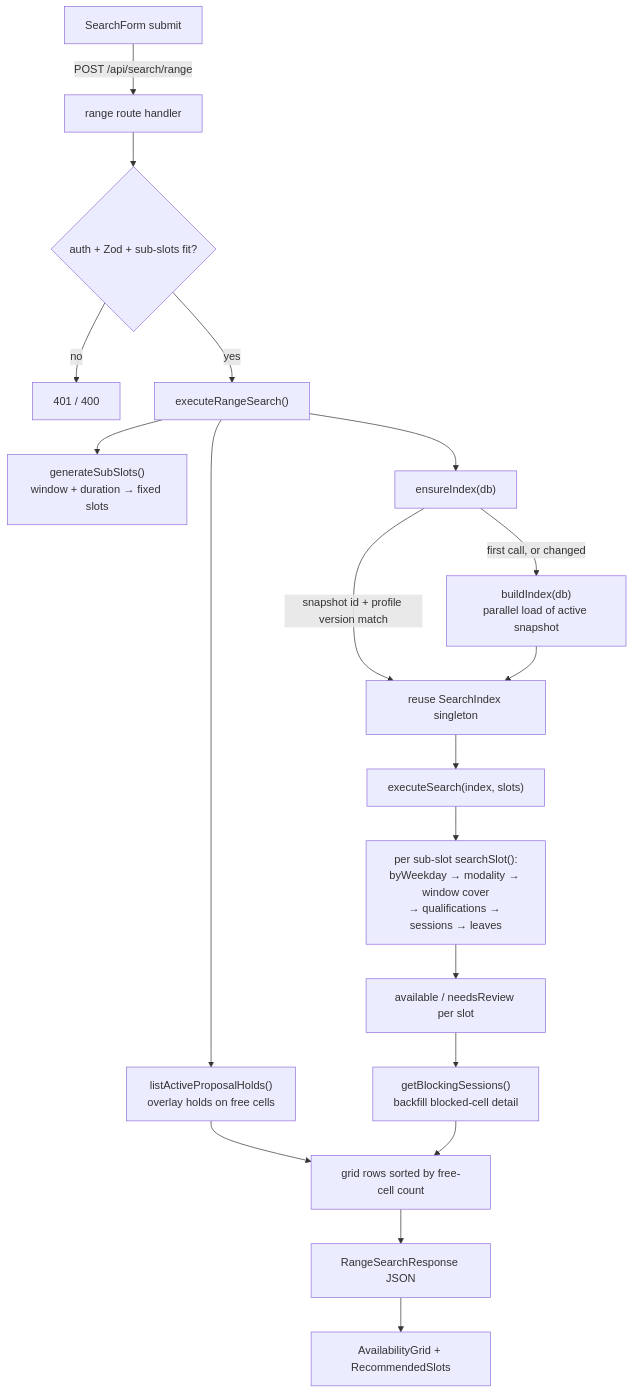
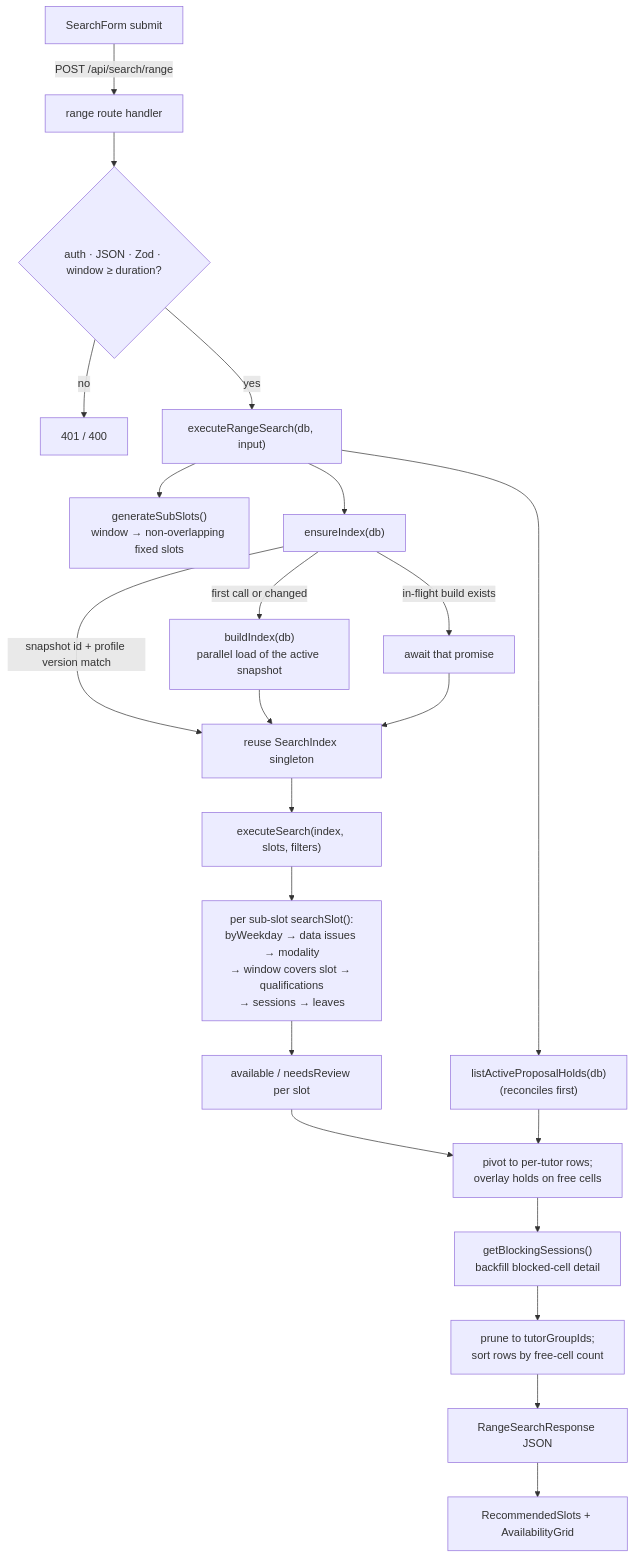
Before and after one commit to kasheesh711/bgscheduler: the diagram in docs/features/tutor-search.md, drawn with Mermaid. The commit also changed other lines of this file and 95 other files, not shown here.

````diff
--- a/docs/features/tutor-search.md
+++ b/docs/features/tutor-search.md
@@ -74,21 +82,24 @@
 ```mermaid
 flowchart TD
     A[SearchForm submit] -->|POST /api/search/range| B[range route handler]
-    B --> C{auth + Zod + sub-slots fit?}
+    B --> C{auth · JSON · Zod · window ≥ duration?}
     C -->|no| C1[401 / 400]
-    C -->|yes| D["executeRangeSearch()"]
-    D --> E["generateSubSlots()<br/>window + duration → fixed slots"]
+    C -->|yes| D["executeRangeSearch(db, input)"]
+    D --> E["generateSubSlots()<br/>window → non-overlapping fixed slots"]
     D --> F["ensureIndex(db)"]
+    F -->|in-flight build exists| F1[await that promise]
     F -->|snapshot id + profile version match| G[reuse SearchIndex singleton]
-    F -->|first call, or changed| H["buildIndex(db)<br/>parallel load of active snapshot"]
+    F -->|first call or changed| H["buildIndex(db)<br/>parallel load of the active snapshot"]
     H --> G
-    G --> I["executeSearch(index, slots)"]
-    I --> J["per sub-slot searchSlot():<br/>byWeekday → modality → window cover<br/>→ qualifications → sessions → leaves"]
+    F1 --> G
+    D --> L["listActiveProposalHolds(db)<br/>(reconciles first)"]
+    G --> I["executeSearch(index, slots, filters)"]
+    I --> J["per sub-slot searchSlot():<br/>byWeekday → data issues → modality<br/>→ window covers slot → qualifications<br/>→ sessions → leaves"]
     J --> K[available / needsReview per slot]
-    D --> L["listActiveProposalHolds()<br/>overlay holds on free cells"]
-    K --> M["getBlockingSessions()<br/>backfill blocked-cell detail"]
-    L --> N[grid rows sorted by free-cell count]
-    M --> N
-    N --> O[RangeSearchResponse JSON]
-    O --> P[AvailabilityGrid + RecommendedSlots]
+    K --> M["pivot to per-tutor rows;<br/>overlay holds on free cells"]
+    L --> M
+    M --> N["getBlockingSessions()<br/>backfill blocked-cell detail"]
+    N --> O["prune to tutorGroupIds;<br/>sort rows by free-cell count"]
+    O --> P[RangeSearchResponse JSON]
+    P --> Q[RecommendedSlots + AvailabilityGrid]
 ```
````
